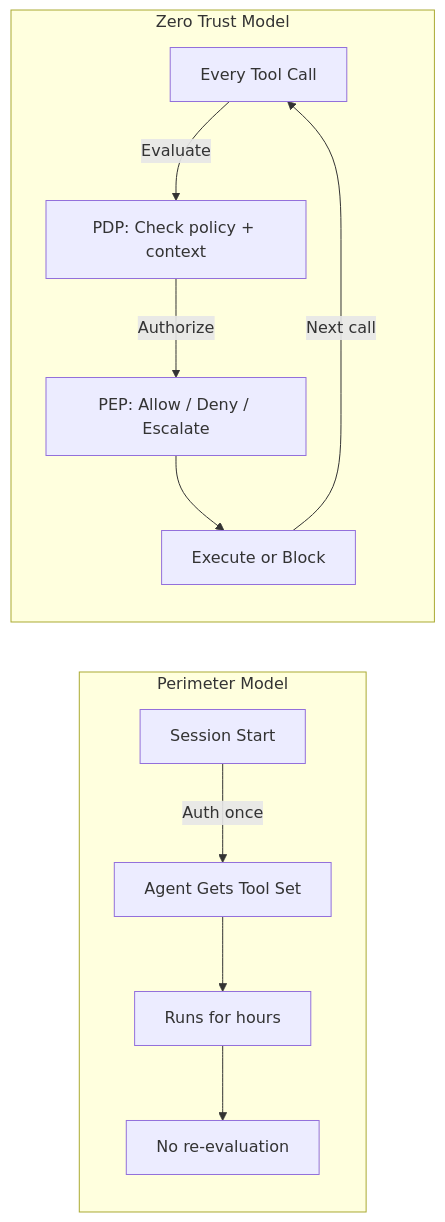
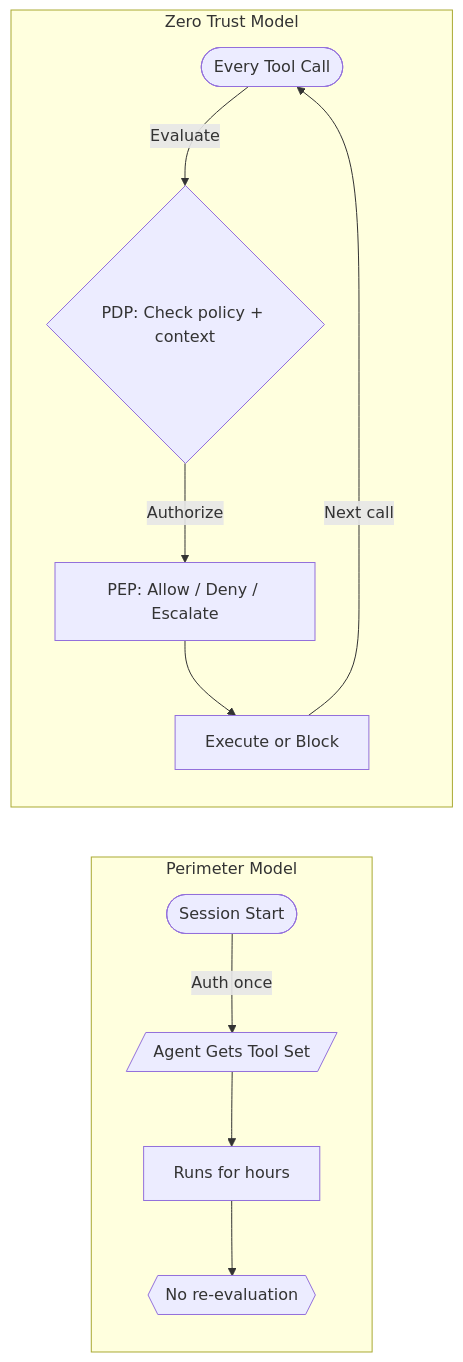
One commit to CyberdaemonAI/cyberdaemon-site changed the first of 5 diagrams in src/content/analysis/zt-ai-systems.mdx. Above: the diagram before and after it, drawn with Mermaid. The commit also changed other lines of this file and 23 other files, not shown here.

First line of the commit message:
style(diagrams): retrofit all mermaid diagrams to flowchart syntax site-wide

````diff
--- a/src/content/analysis/zt-ai-systems.mdx
+++ b/src/content/analysis/zt-ai-systems.mdx
@@ -92,14 +92,14 @@
 ```mermaid
-graph LR
-    subgraph Perimeter Model
-        A1[Session Start] -->|Auth once| A2[Agent Gets Tool Set]
+flowchart LR
+    subgraph perimeter["Perimeter Model"]
+        A1([Session Start]) -->|Auth once| A2[/Agent Gets Tool Set/]
         A2 --> A3[Runs for hours]
-        A3 --> A4[No re-evaluation]
+        A3 --> A4{{No re-evaluation}}
     end
-    subgraph Zero Trust Model
-        B1[Every Tool Call] -->|Evaluate| B2[PDP: Check policy + context]
+    subgraph zt["Zero Trust Model"]
+        B1([Every Tool Call]) -->|Evaluate| B2{PDP: Check policy + context}
         B2 -->|Authorize| B3[PEP: Allow / Deny / Escalate]
         B3 --> B4[Execute or Block]
         B4 -->|Next call| B1
     end
 ```
````
